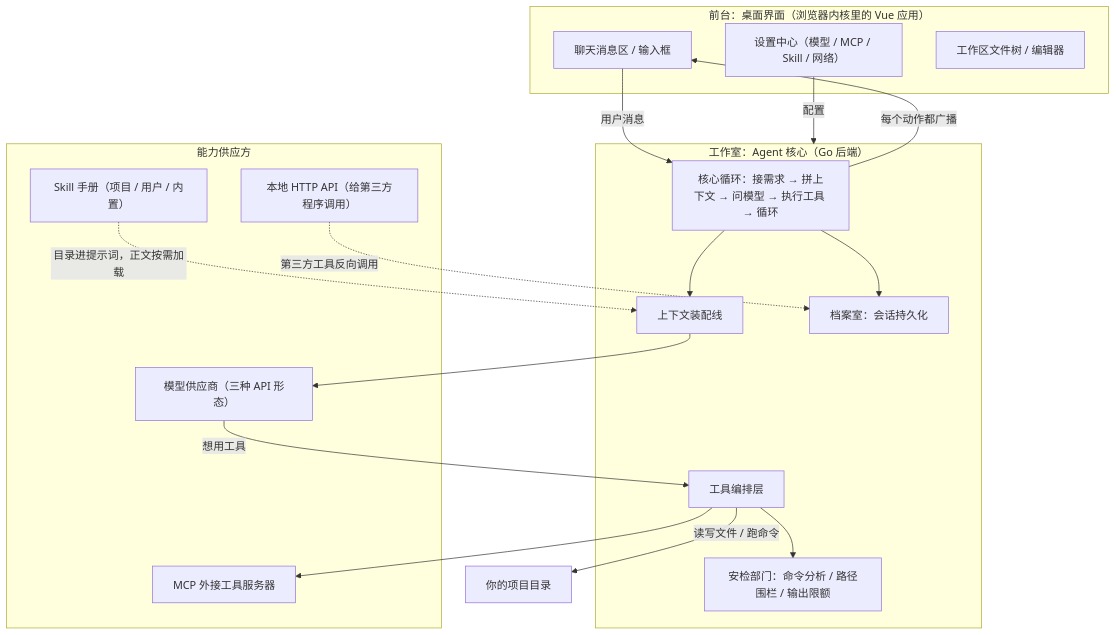
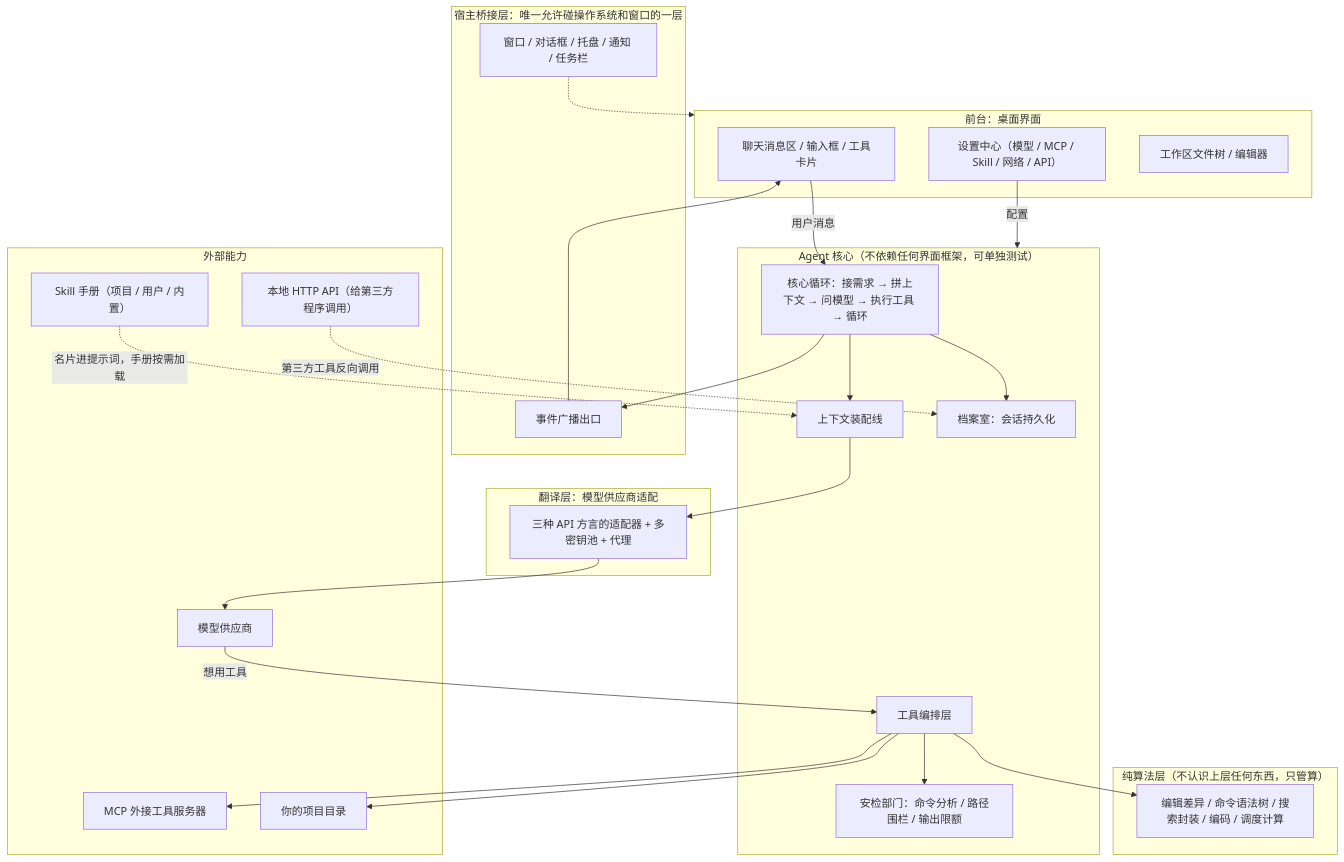
One commit to Bronya0/ally-agent changed the first of 16 diagrams in docs/agent-architecture.md. Above: the diagram before and after it, drawn with Mermaid. The commit also changed other lines of this file, not shown here.

First line of the commit message:
docs: deepen architecture guide with missing chapters and technical detail

````diff
--- a/docs/agent-architecture.md
+++ b/docs/agent-architecture.md
@@ -43,35 +50,51 @@
 ```mermaid
 flowchart TB
-    subgraph UI["前台：桌面界面（浏览器内核里的 Vue 应用）"]
-        CHAT["聊天消息区 / 输入框"]
-        SETTING["设置中心（模型 / MCP / Skill / 网络）"]
+    subgraph UI["前台：桌面界面"]
+        CHAT["聊天消息区 / 输入框 / 工具卡片"]
+        SETTING["设置中心（模型 / MCP / Skill / 网络 / API）"]
         EXPLORER["工作区文件树 / 编辑器"]
     end
 
-    subgraph CORE["工作室：Agent 核心（Go 后端）"]
+    subgraph HOST["宿主桥接层：唯一允许碰操作系统和窗口的一层"]
+        EVENTS["事件广播出口"]
+        DESKTOP["窗口 / 对话框 / 托盘 / 通知 / 任务栏"]
+    end
+
+    subgraph CORE["Agent 核心（不依赖任何界面框架，可单独测试）"]
         LOOP["核心循环：接需求 → 拼上下文 → 问模型 → 执行工具 → 循环"]
         CTX["上下文装配线"]
         TOOLS["工具编排层"]
         SESSIONS["档案室：会话持久化"]
         GUARD["安检部门：命令分析 / 路径围栏 / 输出限额"]
     end
 
-    subgraph SUPPLY["能力供应方"]
-        LLM["模型供应商（三种 API 形态）"]
+    subgraph ADAPT["翻译层：模型供应商适配"]
+        ADAPTERS["三种 API 方言的适配器 + 多密钥池 + 代理"]
+    end
+
+    subgraph PURE["纯算法层（不认识上层任何东西，只管算）"]
+        ALG["编辑差异 / 命令语法树 / 搜索封装 / 编码 / 调度计算"]
+    end
+
+    subgraph SUPPLY["外部能力"]
+        LLM["模型供应商"]
         MCPS["MCP 外接工具服务器"]
         SKILLS["Skill 手册（项目 / 用户 / 内置）"]
         API["本地 HTTP API（给第三方程序调用）"]
+        WORKSPACE["你的项目目录"]
     end
 
     CHAT -->|"用户消息"| LOOP
-    SETTING -->|"配置"| CORE
-    LOOP --> CTX --> LLM
+    LOOP --> EVENTS --> CHAT
+    DESKTOP -.-> UI
+    LOOP --> CTX --> ADAPTERS --> LLM
     LLM -->|"想用工具"| TOOLS
     TOOLS --> GUARD
+    TOOLS --> ALG
     TOOLS --> MCPS
-    TOOLS -->|"读写文件 / 跑命令"| WORKSPACE["你的项目目录"]
-    LOOP -->|"每个动作都广播"| CHAT
+    TOOLS --> WORKSPACE
     LOOP --> SESSIONS
-    SKILLS -.->|"目录进提示词，正文按需加载"| CTX
+    SKILLS -.->|"名片进提示词，手册按需加载"| CTX
+    SETTING -->|"配置"| CORE
     API -.->|"第三方工具反向调用"| SESSIONS
 ```
````
